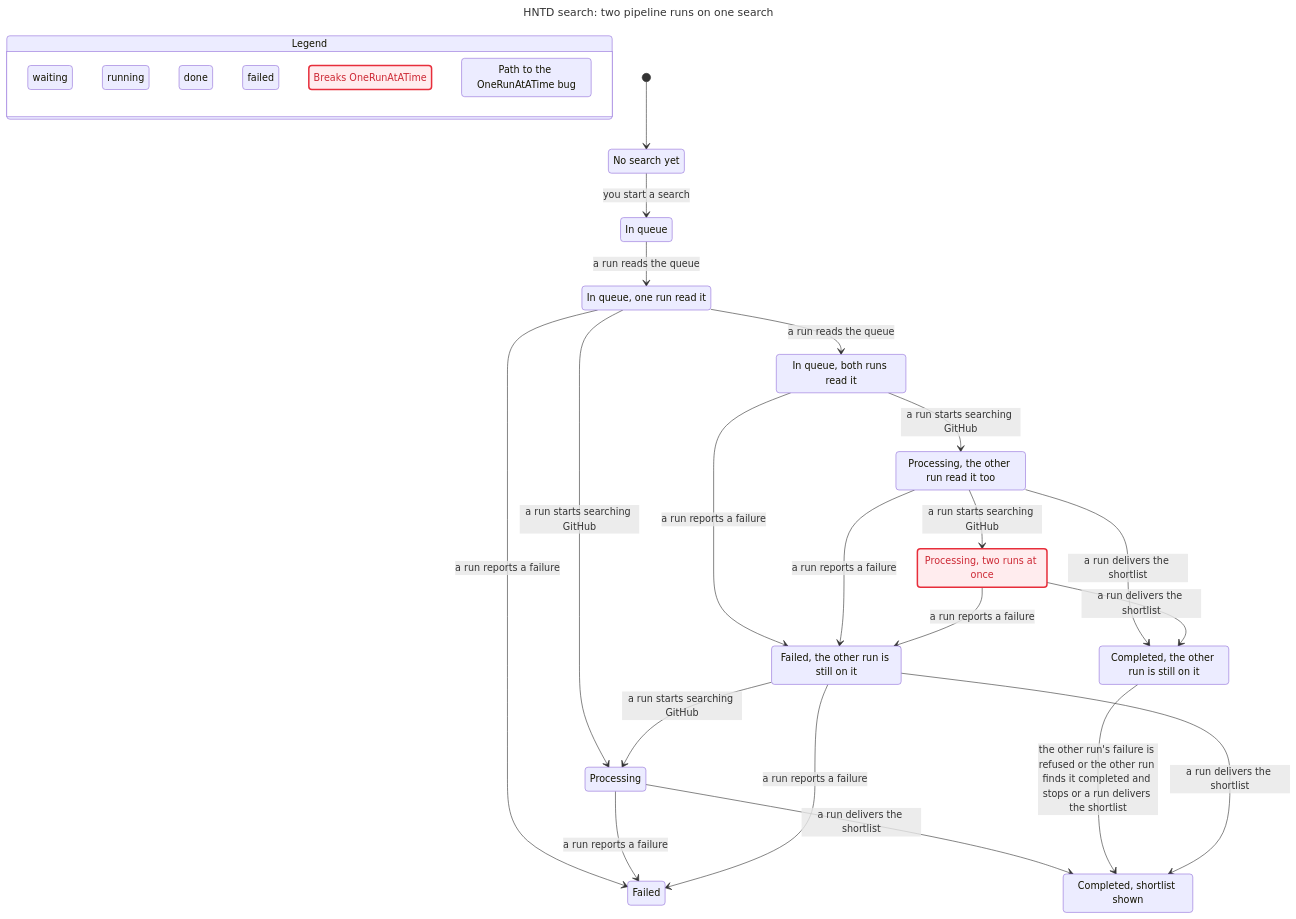
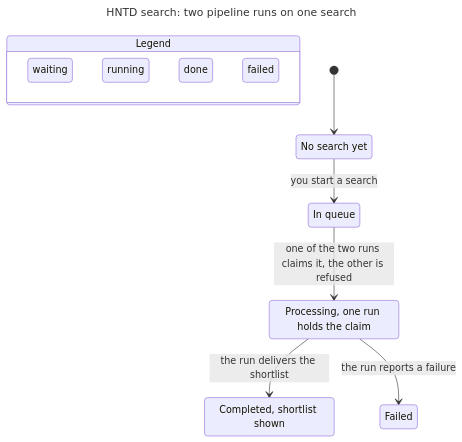
Before and after one commit to uppifyagency/HNTD-OpenSource: the diagram in .claude/skills/verify/statechart/two-runs.mmd, drawn with Mermaid. The commit also changed 26 other files, not shown here.

```diff
--- a/.claude/skills/verify/statechart/two-runs.mmd
+++ b/.claude/skills/verify/statechart/two-runs.mmd
@@ -1,67 +1,29 @@
 ---
 title: "HNTD search: two pipeline runs on one search"
 ---
 stateDiagram-v2
   state "Legend" as legend {
     lg0: waiting
     lg1: running
     lg2: done
     lg3: failed
-    lg4: Breaks OneRunAtATime
-    lg5: Path to the OneRunAtATime bug
   }
   class lg0 tan
   class lg1 blue
   class lg2 teal
   class lg3 orange
-  class lg4 breaks
-  class lg5 bugPath
   s0: No search yet
   s1: In queue
-  s2: In queue, one run read it
-  s3: Failed
-  s4: In queue, both runs read it
-  s5: Processing
-  s6: Completed, shortlist shown
-  s7: Failed, the other run is still on it
-  s8: Processing, the other run read it too
-  s9: Completed, the other run is still on it
-  s10: Processing, two runs at once
+  s2: Processing, one run holds the claim
+  s3: Completed, shortlist shown
+  s4: Failed
   [*] --> s0
   s0 --> s1: you start a search
-  s1 --> s2: a run reads the queue
-  s2 --> s3: a run reports a failure
-  s2 --> s4: a run reads the queue
-  s2 --> s5: a run starts searching GitHub
-  s4 --> s7: a run reports a failure
-  s4 --> s8: a run starts searching GitHub
-  s5 --> s3: a run reports a failure
-  s5 --> s6: a run delivers the shortlist
-  s7 --> s3: a run reports a failure
-  s7 --> s5: a run starts searching GitHub
-  s8 --> s7: a run reports a failure
-  s8 --> s9: a run delivers the shortlist
-  s8 --> s10: a run starts searching GitHub
-  s9 --> s6: the other run's failure is refused or the other run finds it completed and stops or a run delivers the shortlist
-  s7 --> s6: a run delivers the shortlist
-  s10 --> s7: a run reports a failure
-  s10 --> s9: a run delivers the shortlist
-  classDef breaks fill:#ffecee,stroke:#e72e3b,stroke-width:2.5px,color:#cd2834
+  s1 --> s2: one of the two runs claims it, the other is refused
+  s2 --> s3: the run delivers the shortlist
+  s2 --> s4: the run reports a failure
   class s0 tan
-  class s0 bugPath
   class s1 tan
-  class s1 bugPath
-  class s2 tan
-  class s2 bugPath
-  class s3 orange
-  class s4 tan
-  class s4 bugPath
-  class s5 blue
-  class s6 teal
-  class s7 orange
-  class s8 blue
-  class s8 bugPath
-  class s9 teal
-  class s10 blue
-  class s10 breaks
-  class s10 bugPath
+  class s2 blue
+  class s3 teal
+  class s4 orange
```
